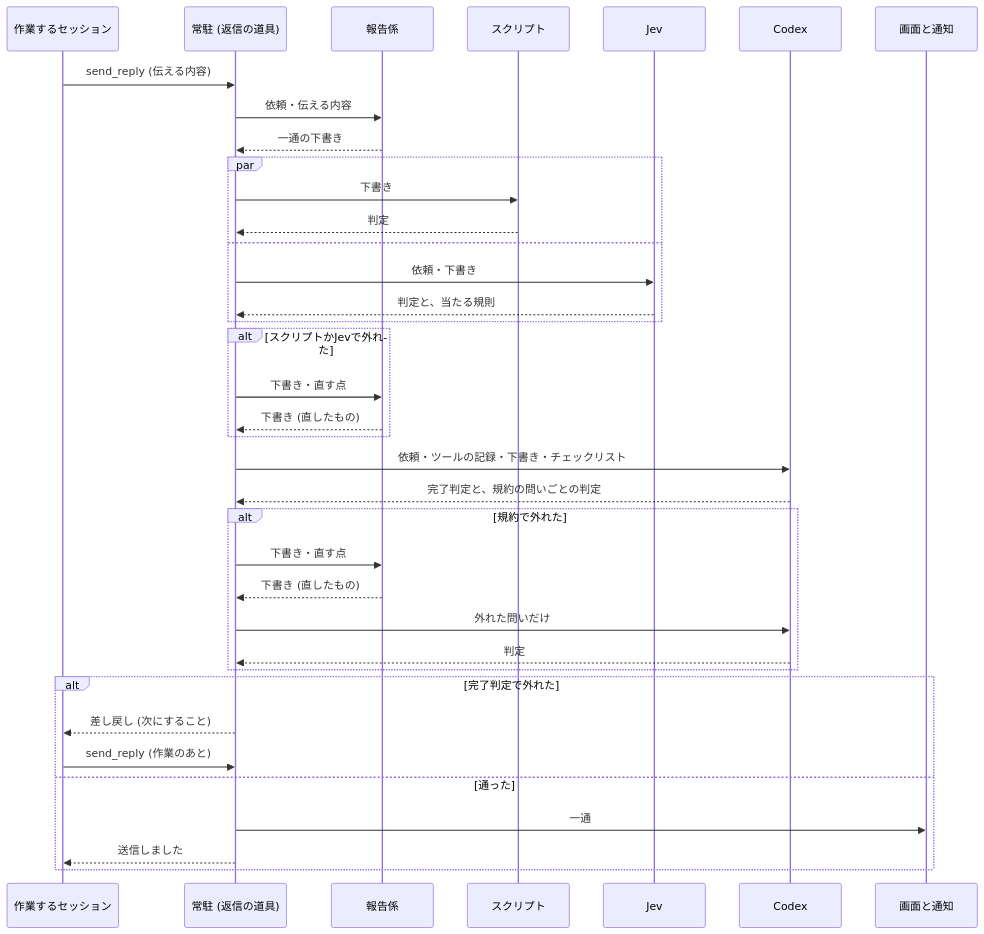
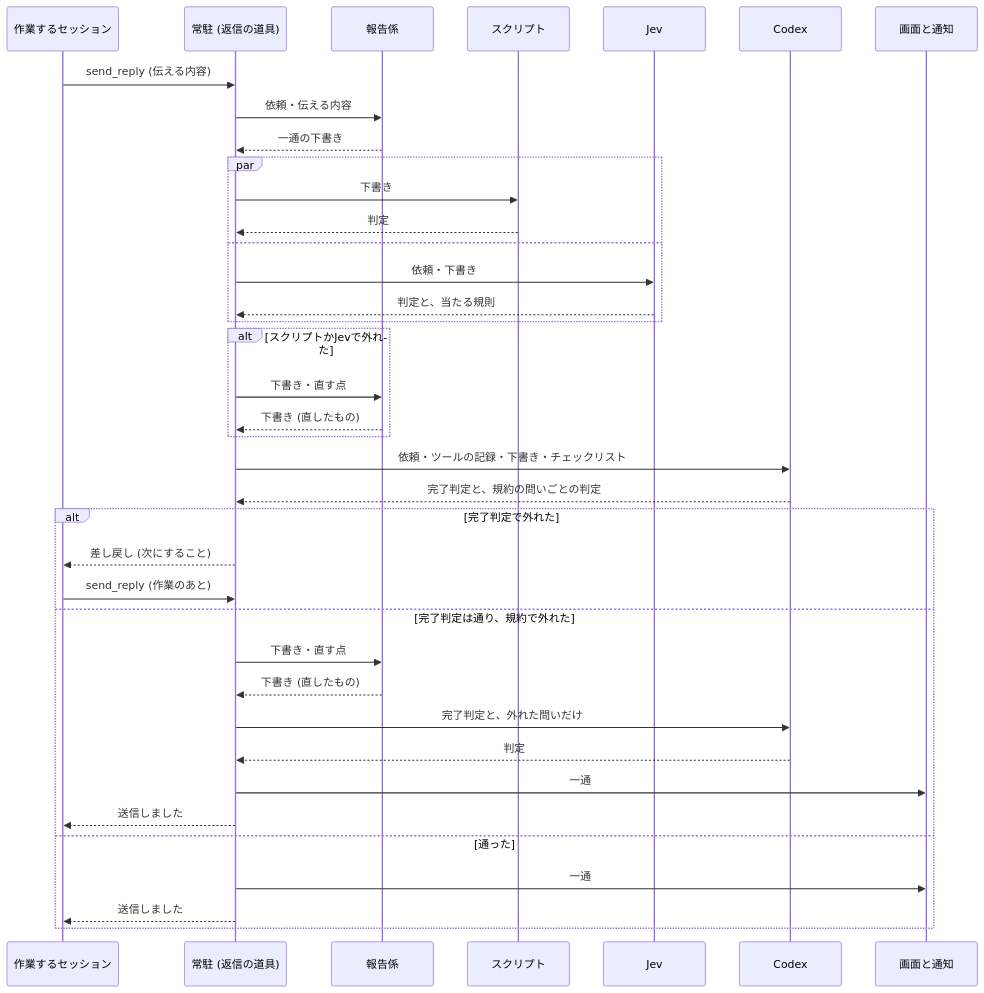
The third of 5 diagrams in docs/claude-unification/design-stage1.md (myurait/pda), drawn with Mermaid before and after one commit. The commit also changed other lines of this file and 1 other file, not shown here.

Commit message:
返信の道具の単体の試験を足し、設計の流れの図を判定の順に合わせる

````diff
--- a/docs/claude-unification/design-stage1.md
+++ b/docs/claude-unification/design-stage1.md
@@ -144,39 +144,40 @@
 ```mermaid
 sequenceDiagram
   participant W as 作業するセッション
   participant D as 常駐 (返信の道具)
   participant R as 報告係
   participant S as スクリプト
   participant J as Jev
   participant C as Codex
   participant O as 画面と通知
   W->>D: send_reply (伝える内容)
   D->>R: 依頼・伝える内容
   R-->>D: 一通の下書き
   par
     D->>S: 下書き
     S-->>D: 判定
   and
     D->>J: 依頼・下書き
     J-->>D: 判定と、当たる規則
   end
   alt スクリプトかJevで外れた
     D->>R: 下書き・直す点
     R-->>D: 下書き (直したもの)
   end
   D->>C: 依頼・ツールの記録・下書き・チェックリスト
   C-->>D: 完了判定と、規約の問いごとの判定
-  alt 規約で外れた
-    D->>R: 下書き・直す点
-    R-->>D: 下書き (直したもの)
-    D->>C: 外れた問いだけ
-    C-->>D: 判定
-  end
   alt 完了判定で外れた
     D-->>W: 差し戻し (次にすること)
     W->>D: send_reply (作業のあと)
+  else 完了判定は通り、規約で外れた
+    D->>R: 下書き・直す点
+    R-->>D: 下書き (直したもの)
+    D->>C: 完了判定と、外れた問いだけ
+    C-->>D: 判定
+    D->>O: 一通
+    D-->>W: 送信しました
   else 通った
     D->>O: 一通
     D-->>W: 送信しました
   end
 ```
````
